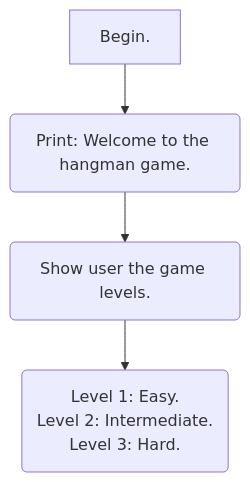
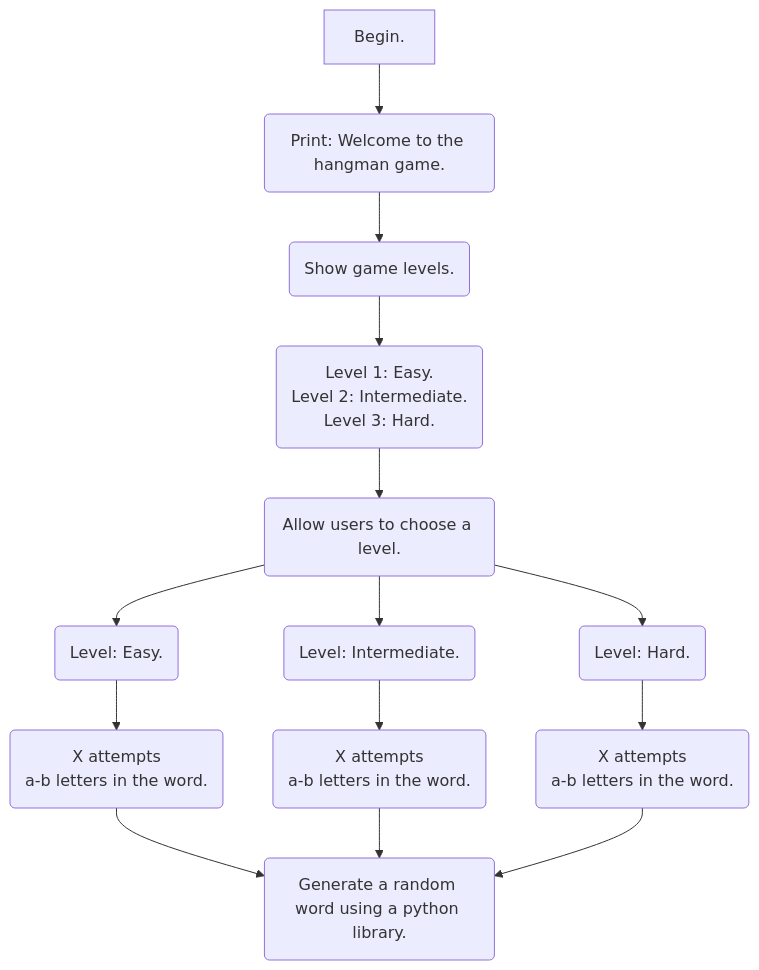
Before and after one commit to JanaRubiano/Hangman_Game: the diagram in README.md, drawn with Mermaid.

````diff
--- a/README.md
+++ b/README.md
@@ -31,10 +31,21 @@
 ```mermaid
 
 flowchart TD
 
-    A[Begin.] -->B(Print: Welcome to the hangman game.) -->C(Show user the game levels.)
-    --> D("Level 1: Easy.
+    A[Begin.] -->B(Print: Welcome to the hangman game.) -->C(Show game levels.)
+    --> D("`Level 1: Easy.
     Level 2: Intermediate.
-    Level 3: Hard.")
+    Level 3: Hard.`")
+    --> E(Allow users to choose a level.)
+    E --> F(Level: Easy.) --> I(" X attempts
+    a-b letters in the word.
+    ") -->L
+    E --> G(Level: Intermediate.) --> J(" X attempts
+    a-b letters in the word.
+    ") -->L
+    E --> H(Level: Hard.) --> K(" X attempts
+    a-b letters in the word.
+    ")
+    --> L(Generate a random word using a python library.)
 
 ```
````
